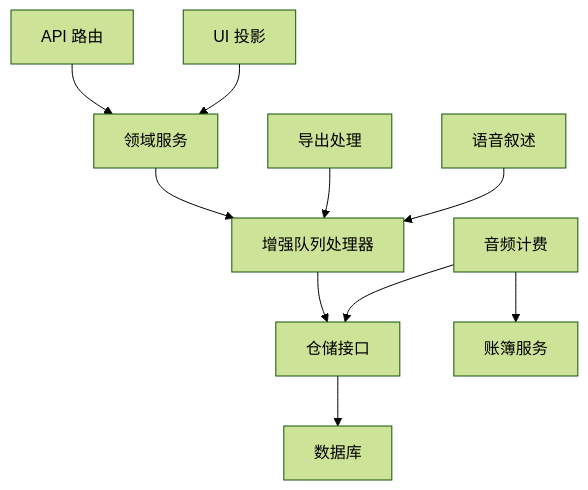
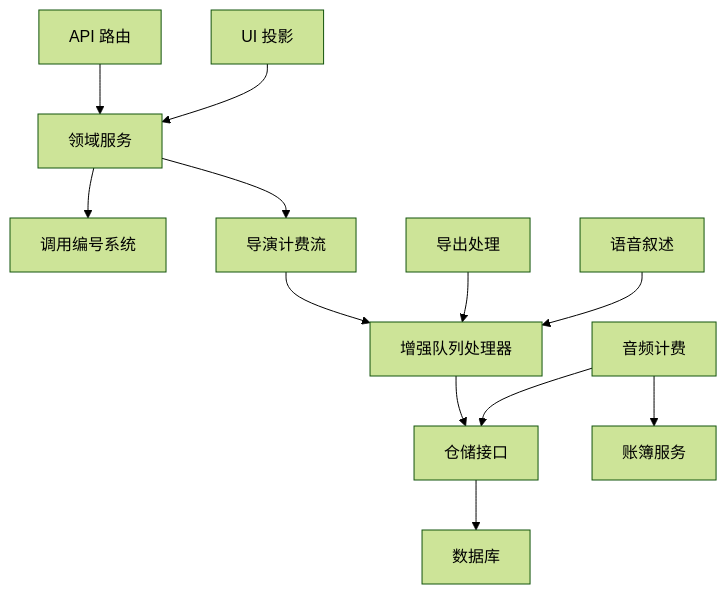
Before and after one commit to scottcwy/PurpleInk: diagram 14 of 14 in .qoder/repowiki/zh/content/项目概述/计费配置/计费和会计账簿系统.md, drawn with Mermaid (forest theme). The commit also changed other lines of this file and 48 other files, not shown here.

````diff
--- a/.qoder/repowiki/zh/content/项目概述/计费配置/计费和会计账簿系统.md
+++ b/.qoder/repowiki/zh/content/项目概述/计费配置/计费和会计账簿系统.md
@@ -501,12 +603,14 @@
 ```mermaid
 graph TB
 API["API 路由"] --> Domain["领域服务"]
-Domain --> Queue["增强队列处理器"]
+Domain --> Invocation["调用编号系统"]
+Domain --> Stream["导演计费流"]
+Stream --> Queue["增强队列处理器"]
 Queue --> Repo["仓储接口"]
 Repo --> DB["数据库"]
 UI["UI 投影"] --> Domain
 Audio["音频计费"] --> Repo
 Audio --> Ledger["账簿服务"]
 Export["导出处理"] --> Queue
 Narration["语音叙述"] --> Queue
 ```
````
